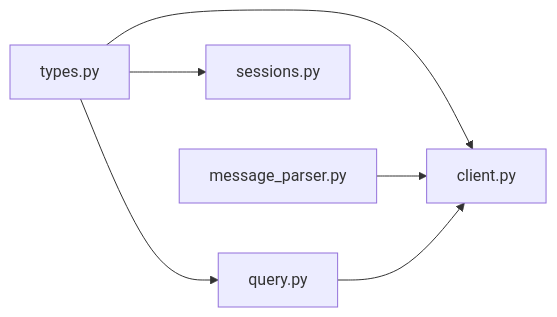
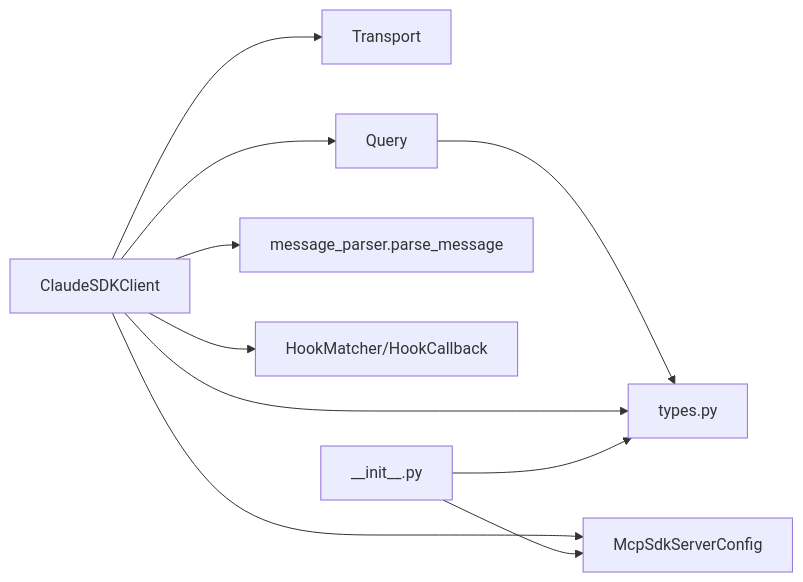
Before and after one commit to defulat-coder/claude-agent-sdk-python: the sixth of 6 diagrams in .qoder/repowiki/zh/content/高级功能/高级功能.md, drawn with Mermaid. The commit also changed other lines of this file and 85 other files, not shown here.

````diff
--- a/.qoder/repowiki/zh/content/高级功能/高级功能.md
+++ b/.qoder/repowiki/zh/content/高级功能/高级功能.md
@@ -383,8 +275,12 @@
 ```mermaid
 graph LR
-Types["types.py"] --> Query["query.py"]
-Types --> Client["client.py"]
-Types --> Sessions["sessions.py"]
-Parser["message_parser.py"] --> Client
-Query --> Client
+Client["ClaudeSDKClient"] --> Transport["Transport"]
+Client --> Query["Query"]
+Client --> Parser["message_parser.parse_message"]
+Client --> MCP["McpSdkServerConfig"]
+Client --> Hooks["HookMatcher/HookCallback"]
+Query --> Types["types.py"]
+Client --> Types
+Init["__init__.py"] --> Types
+Init --> MCP
 ```
````
